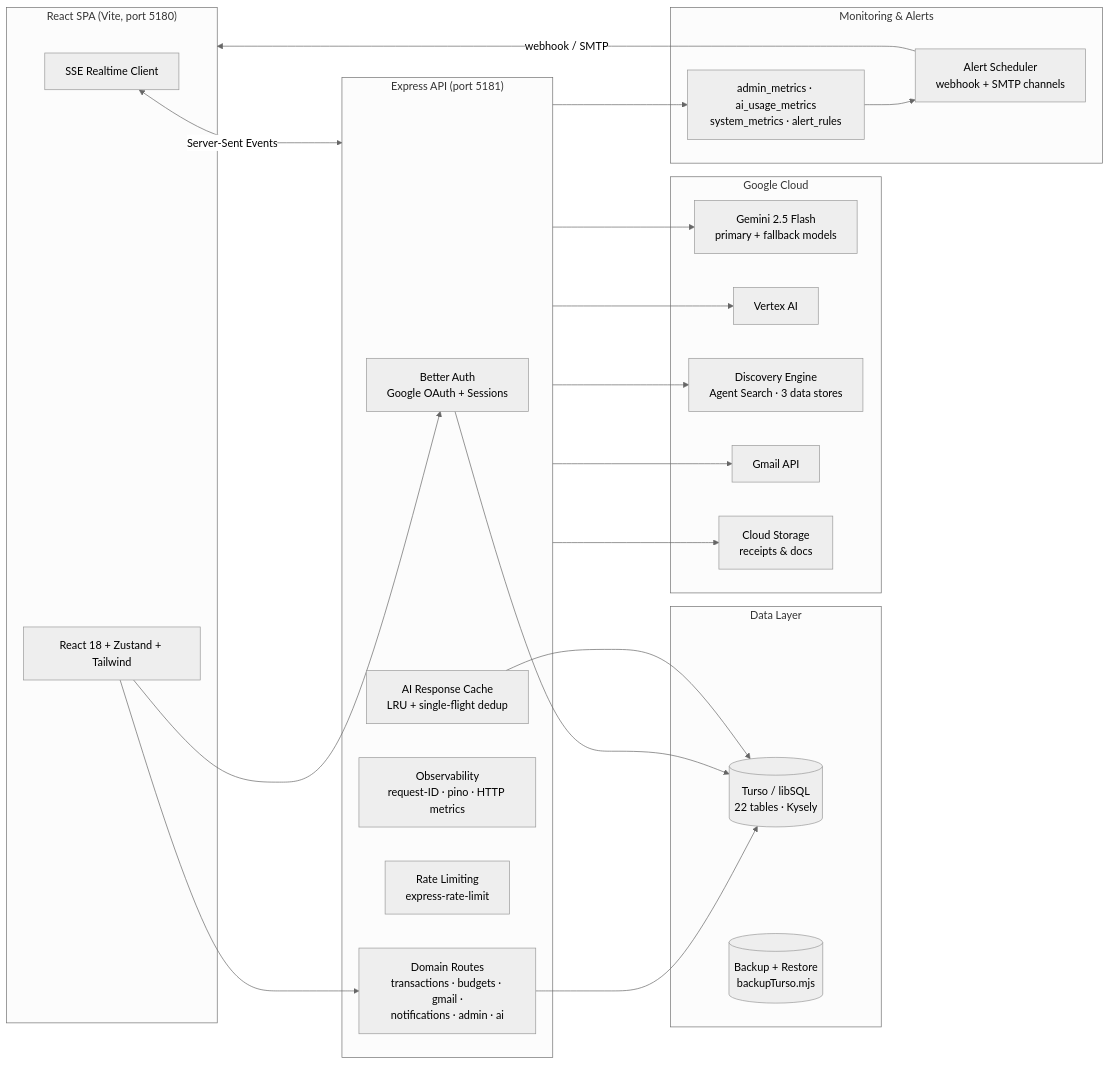
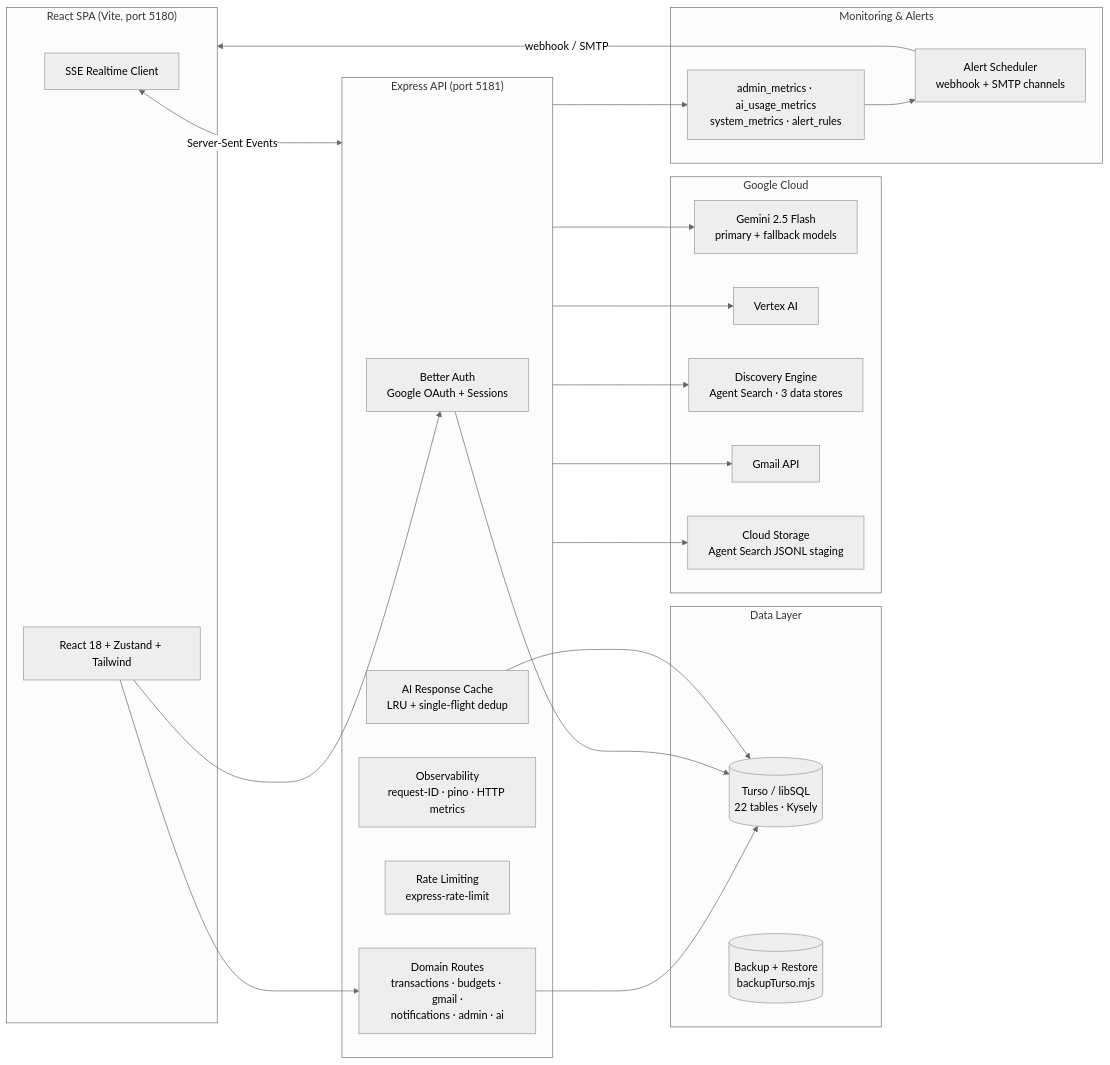
Before and after one commit to qoidrifat/cashflow: the first of 3 diagrams in docs/assets/diagrams/ARCHITECTURE.md, drawn with Mermaid (neutral theme). The commit also changed 58 other files, not shown here.

````diff
--- a/docs/assets/diagrams/ARCHITECTURE.md
+++ b/docs/assets/diagrams/ARCHITECTURE.md
@@ -10,48 +10,48 @@
 ```mermaid
 flowchart LR
     subgraph Client["React SPA (Vite, port 5180)"]
         UI[React 18 + Zustand + Tailwind]
         SSE[SSE Realtime Client]
     end
 
     subgraph API["Express API (port 5181)"]
         AUTH[Better Auth<br/>Google OAuth + Sessions]
         ROUTES[Domain Routes<br/>transactions · budgets · gmail ·<br/>notifications · admin · ai]
         OBS[Observability<br/>request-ID · pino · HTTP metrics]
         RL[Rate Limiting<br/>express-rate-limit]
         CACHE[AI Response Cache<br/>LRU + single-flight dedup]
     end
 
     subgraph Data["Data Layer"]
         TURSO[(Turso / libSQL<br/>22 tables · Kysely)]
         BACKUP[(Backup + Restore<br/>backupTurso.mjs)]
     end
 
     subgraph GCP["Google Cloud"]
         GEM[Gemini 2.5 Flash<br/>primary + fallback models]
         VERTEX[Vertex AI]
         DE[Discovery Engine<br/>Agent Search · 3 data stores]
         GMAIL[Gmail API]
-        STORAGE[Cloud Storage<br/>receipts & docs]
+        STORAGE[Cloud Storage<br/>Agent Search JSONL staging]
     end
 
     subgraph Mon["Monitoring & Alerts"]
         METRICS[admin_metrics · ai_usage_metrics<br/>system_metrics · alert_rules]
         ALERT[Alert Scheduler<br/>webhook + SMTP channels]
     end
 
     UI --> AUTH
     UI --> ROUTES
     SSE <-->|Server-Sent Events| API
     ROUTES --> TURSO
     AUTH --> TURSO
     CACHE --> TURSO
     API --> GEM
     API --> VERTEX
     API --> DE
     API --> GMAIL
     API --> STORAGE
     API --> METRICS
     METRICS --> ALERT
     ALERT -->|webhook / SMTP| Client
 ```
````
